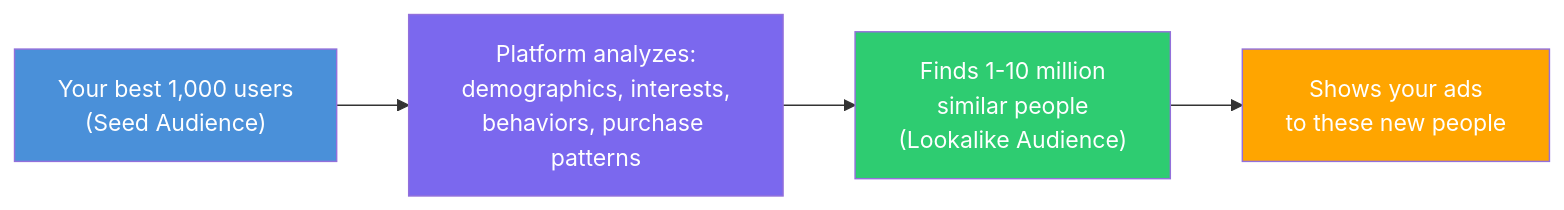
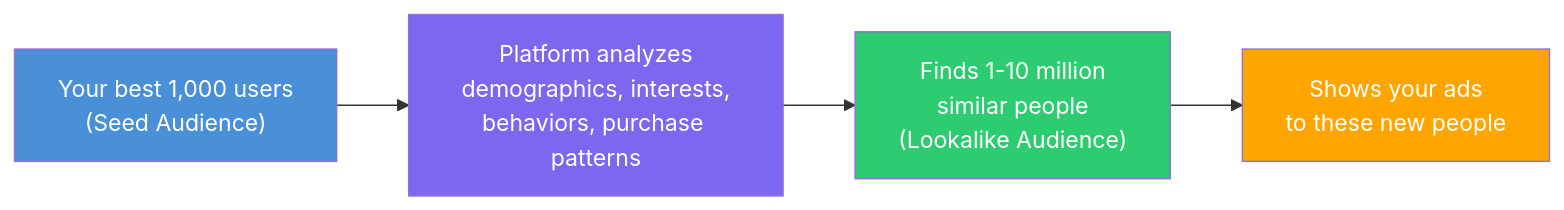
The diagram in concepts/targeting.mdx (saanghyuk/ship-your-ads), drawn with Mermaid before and after one commit. The commit also changed other lines of this file and 47 other files, not shown here.

````diff
--- a/concepts/targeting.mdx
+++ b/concepts/targeting.mdx
@@ -249,11 +223,11 @@
 ```mermaid
 graph LR
-    A["Your best 1,000 users<br/>(Seed Audience)"] --> B["Platform analyzes:<br/>demographics, interests,<br/>behaviors, purchase patterns"]
+    A["Your best 1,000 users<br/>(Seed Audience)"] --> B["Platform analyzes<br/>demographics, interests,<br/>behaviors, purchase patterns"]
     B --> C["Finds 1-10 million<br/>similar people<br/>(Lookalike Audience)"]
     C --> D["Shows your ads<br/>to these new people"]
 
     style A fill:#4A90D9,color:#fff
     style B fill:#7B68EE,color:#fff
     style C fill:#2ECC71,color:#fff
     style D fill:#FFA500,color:#fff
 ```
````
